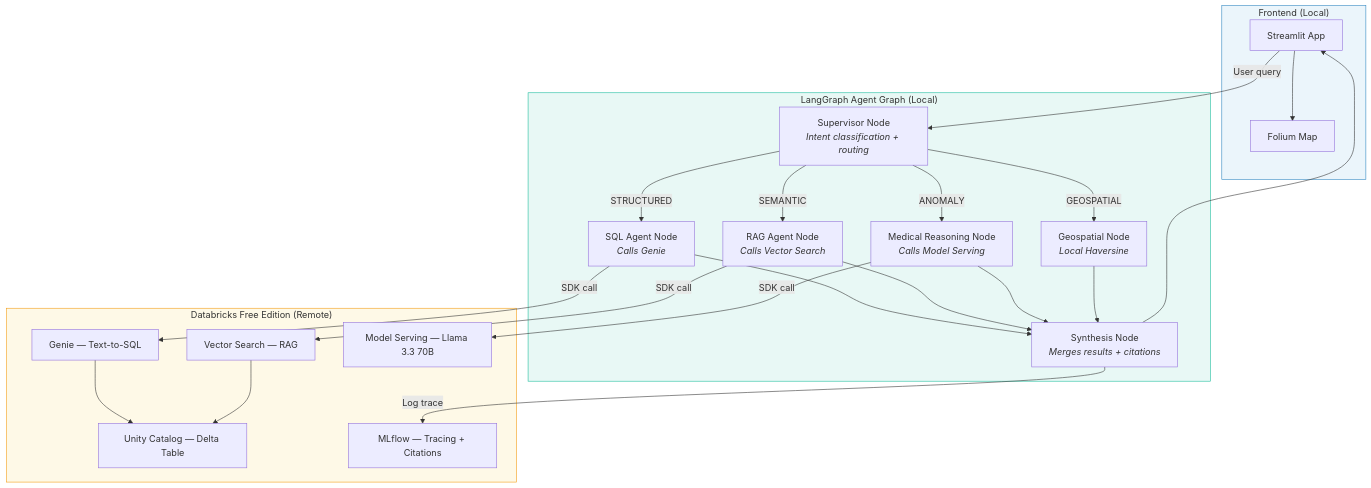
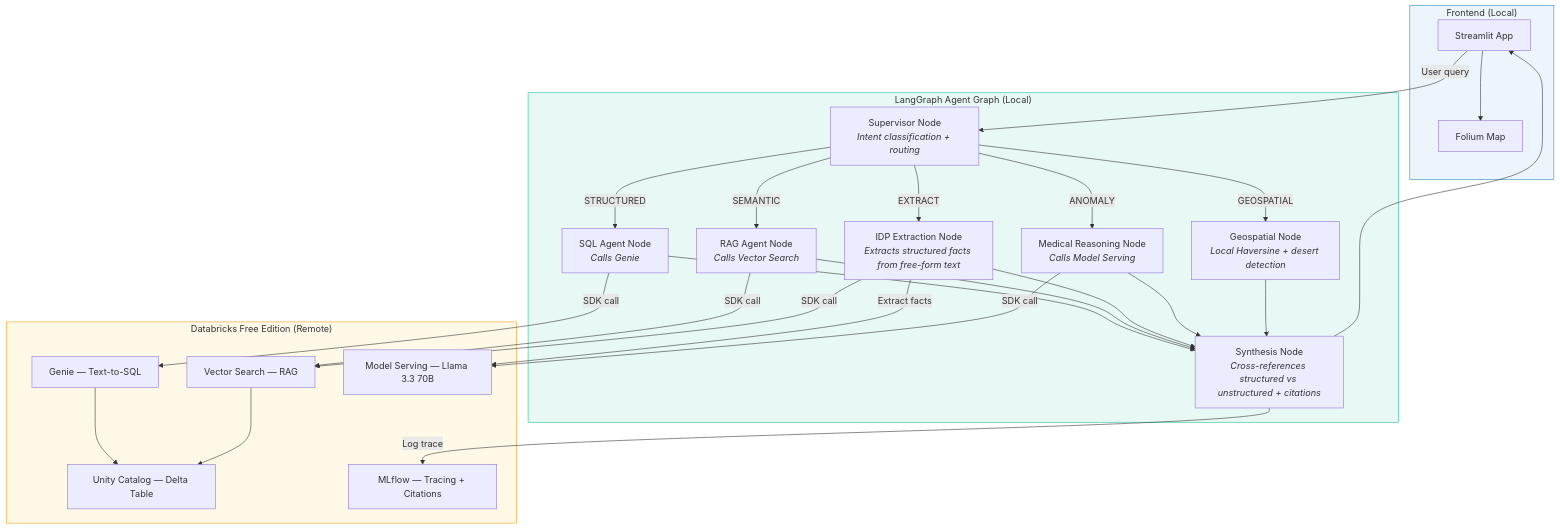
Before and after one commit to alijafarkamal/Hack-Nation: the first of 2 diagrams in AGENT.md, drawn with Mermaid. The commit also changed other lines of this file and 8 other files, not shown here.

````diff
--- a/AGENT.md
+++ b/AGENT.md
@@ -33,46 +33,51 @@
 ```mermaid
 flowchart TD
     subgraph FE["Frontend (Local)"]
         ST["Streamlit App"]
         MAP["Folium Map"]
     end
 
     subgraph LG["LangGraph Agent Graph (Local)"]
         SUP["Supervisor Node<br/><i>Intent classification + routing</i>"]
         SQL_N["SQL Agent Node<br/><i>Calls Genie</i>"]
         VEC_N["RAG Agent Node<br/><i>Calls Vector Search</i>"]
+        IDP_N["IDP Extraction Node<br/><i>Extracts structured facts from free-form text</i>"]
         MED_N["Medical Reasoning Node<br/><i>Calls Model Serving</i>"]
-        GEO_N["Geospatial Node<br/><i>Local Haversine</i>"]
-        SYN["Synthesis Node<br/><i>Merges results + citations</i>"]
+        GEO_N["Geospatial Node<br/><i>Local Haversine + desert detection</i>"]
+        SYN["Synthesis Node<br/><i>Cross-references structured vs unstructured + citations</i>"]
     end
 
     subgraph DB["Databricks Free Edition (Remote)"]
         UC["Unity Catalog — Delta Table"]
         GN["Genie — Text-to-SQL"]
         VS["Vector Search — RAG"]
         MS["Model Serving — Llama 3.3 70B"]
         ML["MLflow — Tracing + Citations"]
     end
 
     ST -->|"User query"| SUP
     SUP -->|STRUCTURED| SQL_N
     SUP -->|SEMANTIC| VEC_N
+    SUP -->|EXTRACT| IDP_N
     SUP -->|ANOMALY| MED_N
     SUP -->|GEOSPATIAL| GEO_N
     SQL_N -->|"SDK call"| GN
     VEC_N -->|"SDK call"| VS
+    IDP_N -->|"SDK call"| VS
+    IDP_N -->|"Extract facts"| MS
     MED_N -->|"SDK call"| MS
     GN --> UC
     VS --> UC
     SQL_N --> SYN
     VEC_N --> SYN
+    IDP_N --> SYN
     MED_N --> SYN
     GEO_N --> SYN
     SYN --> ST
     SYN -->|"Log trace"| ML
     ST --> MAP
 
     style FE fill:#EBF5FB,stroke:#2E86C1
     style LG fill:#E8F8F5,stroke:#1ABC9C
     style DB fill:#FEF9E7,stroke:#F39C12
 ```
````
